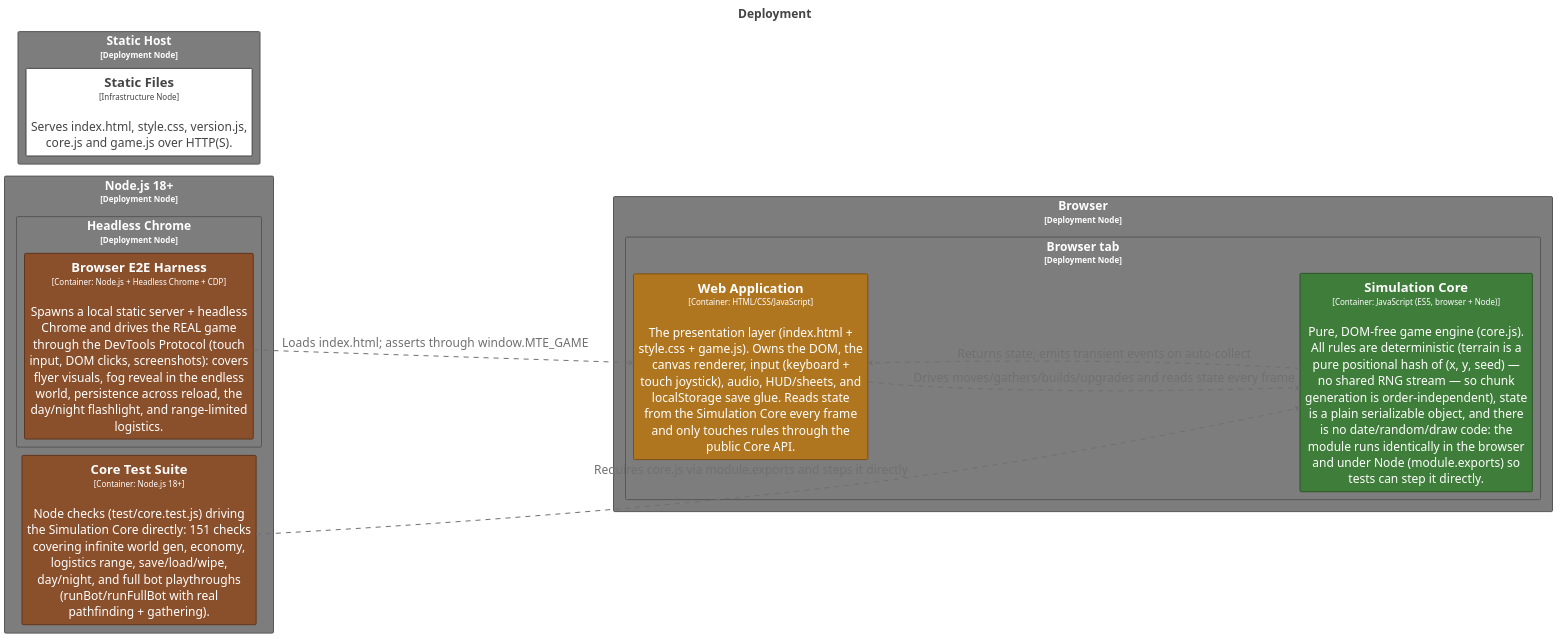
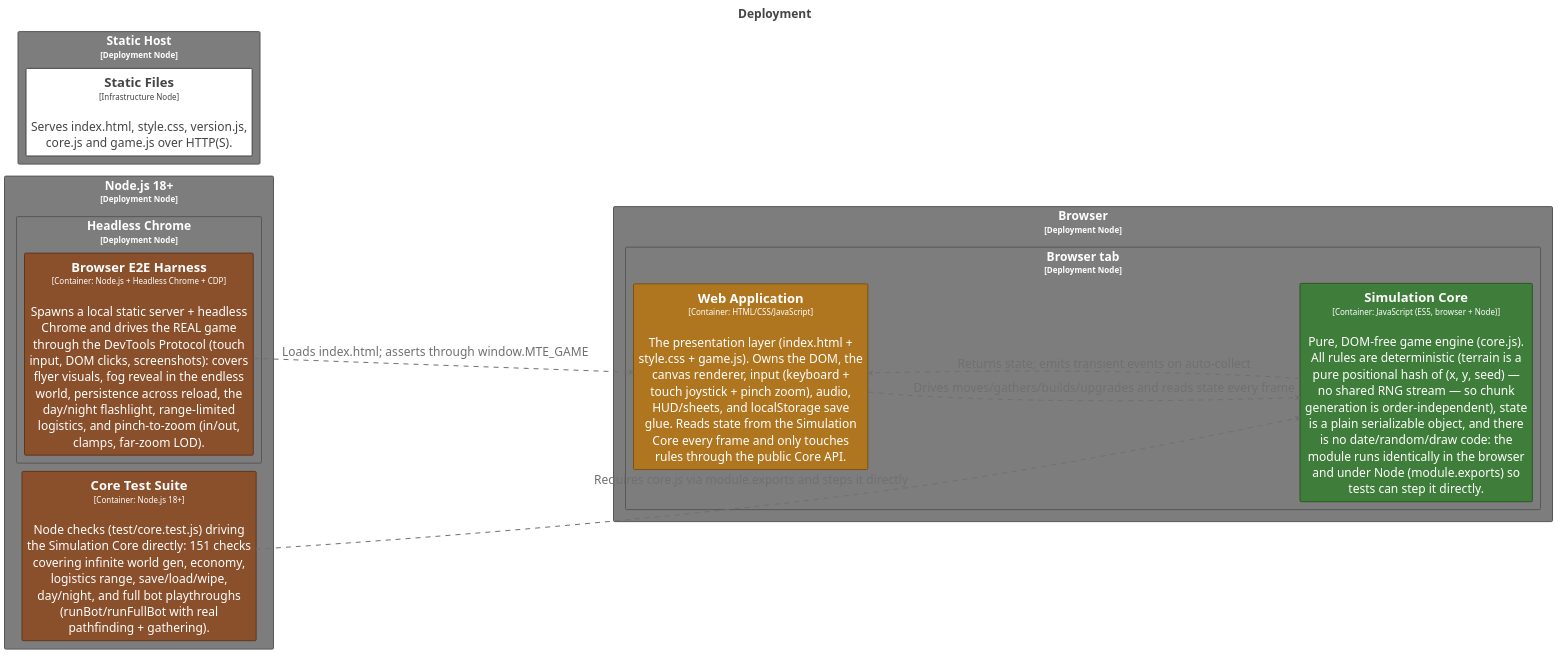
Before and after one commit to bitkojine/more-than-enough: the diagram in structurizr/diagrams/Deployment.puml, drawn with PlantUML. The commit also changed 17 other files, not shown here.

First line of the commit message:
v0.11.0: feat — pinch to zoom (two-finger + wheel), LOD far rendering

```diff
--- a/structurizr/diagrams/Deployment.puml
+++ b/structurizr/diagrams/Deployment.puml
@@ -2,110 +2,110 @@
 @startuml
 title <size:24>Deployment</size>
 
 set separator none
 left to right direction
 skinparam ranksep 20
 skinparam nodesep 5
 hide stereotype
 
 <style>
   root {
     BackgroundColor: #ffffff;
     FontColor: #444444;
   }
   // Element
   .Element-RWxlbWVudA== {
     BackgroundColor: #ffffff;
     LineColor: #444444;
     LineStyle: 0;
     LineThickness: 2;
     FontColor: #444444;
     FontSize: 24;
     HorizontalAlignment: center;
     Shadowing: 0;
     MaximumWidth: 450;
   }
   // Element,Container,Core Engine
   .Element-RWxlbWVudCxDb250YWluZXIsQ29yZSBFbmdpbmU= {
     BackgroundColor: #3f7d3a;
     LineColor: #2c5728;
     LineStyle: 0;
     LineThickness: 2;
     FontColor: #ffffff;
     FontSize: 24;
     HorizontalAlignment: center;
     Shadowing: 0;
     MaximumWidth: 450;
   }
   // Element,Container,Presentation
   .Element-RWxlbWVudCxDb250YWluZXIsUHJlc2VudGF0aW9u {
     BackgroundColor: #b0761f;
     LineColor: #7b5215;
     LineStyle: 0;
     LineThickness: 2;
     FontColor: #ffffff;
     FontSize: 24;
     HorizontalAlignment: center;
     Shadowing: 0;
     MaximumWidth: 450;
   }
   // Element,Container,Tooling,Test
   .Element-RWxlbWVudCxDb250YWluZXIsVG9vbGluZyxUZXN0 {
     BackgroundColor: #8a4f2b;
     LineColor: #60371e;
     LineStyle: 0;
     LineThickness: 2;
     FontColor: #ffffff;
     FontSize: 24;
     HorizontalAlignment: center;
     Shadowing: 0;
     MaximumWidth: 450;
   }
   // Relationship
   .Relationship-UmVsYXRpb25zaGlw {
     LineThickness: 2;
     LineStyle: 10-10;
     LineColor: #707070;
     FontColor: #707070;
     FontSize: 24;
     MaximumWidth: 200;
   }
   // Element,Deployment Node
   .DeploymentNode-RWxlbWVudCxEZXBsb3ltZW50IE5vZGU= {
     BackgroundColor: #7d7d7d;
     LineColor: #575757;
     LineStyle: 0;
     LineThickness: 2;
     FontColor: #ffffff;
     FontSize: 24;
     HorizontalAlignment: center;
     Shadowing: 0;
   }
 </style>
 
 rectangle "Browser\n<size:16>[Deployment Node]</size>" <<DeploymentNode-RWxlbWVudCxEZXBsb3ltZW50IE5vZGU=>> as LocalDevelopment.Browser {
   rectangle "Browser tab\n<size:16>[Deployment Node]</size>" <<DeploymentNode-RWxlbWVudCxEZXBsb3ltZW50IE5vZGU=>> as LocalDevelopment.Browser.Browsertab {
-    rectangle "==Web Application\n<size:16>[Container: HTML/CSS/JavaScript]</size>\n\nThe presentation layer (index.html + style.css + game.js). Owns the DOM, the canvas renderer, input (keyboard + touch joystick), audio, HUD/sheets, and localStorage save glue. Reads state from the Simulation Core every frame and only touches rules through the public Core API." <<Element-RWxlbWVudCxDb250YWluZXIsUHJlc2VudGF0aW9u>> as LocalDevelopment.Browser.Browsertab.WebApplication_1
+    rectangle "==Web Application\n<size:16>[Container: HTML/CSS/JavaScript]</size>\n\nThe presentation layer (index.html + style.css + game.js). Owns the DOM, the canvas renderer, input (keyboard + touch joystick + pinch zoom), audio, HUD/sheets, and localStorage save glue. Reads state from the Simulation Core every frame and only touches rules through the public Core API." <<Element-RWxlbWVudCxDb250YWluZXIsUHJlc2VudGF0aW9u>> as LocalDevelopment.Browser.Browsertab.WebApplication_1
     rectangle "==Simulation Core\n<size:16>[Container: JavaScript (ES5, browser + Node)]</size>\n\nPure, DOM-free game engine (core.js). All rules are deterministic (terrain is a pure positional hash of (x, y, seed) — no shared RNG stream — so chunk generation is order-independent), state is a plain serializable object, and there is no date/random/draw code: the module runs identically in the browser and under Node (module.exports) so tests can step it directly." <<Element-RWxlbWVudCxDb250YWluZXIsQ29yZSBFbmdpbmU=>> as LocalDevelopment.Browser.Browsertab.SimulationCore_1
   }
 
 }
 
 rectangle "Static Host\n<size:16>[Deployment Node]</size>" <<DeploymentNode-RWxlbWVudCxEZXBsb3ltZW50IE5vZGU=>> as LocalDevelopment.StaticHost {
   rectangle "==Static Files\n<size:16>[Infrastructure Node]</size>\n\nServes index.html, style.css, version.js, core.js and game.js over HTTP(S)." <<Element-RWxlbWVudA==>> as LocalDevelopment.StaticHost.StaticFiles
 }
 
 rectangle "Node.js 18+\n<size:16>[Deployment Node]</size>" <<DeploymentNode-RWxlbWVudCxEZXBsb3ltZW50IE5vZGU=>> as LocalDevelopment.Nodejs18 {
   rectangle "==Core Test Suite\n<size:16>[Container: Node.js 18+]</size>\n\nNode checks (test/core.test.js) driving the Simulation Core directly: 151 checks covering infinite world gen, economy, logistics range, save/load/wipe, day/night, and full bot playthroughs (runBot/runFullBot with real pathfinding + gathering)." <<Element-RWxlbWVudCxDb250YWluZXIsVG9vbGluZyxUZXN0>> as LocalDevelopment.Nodejs18.CoreTestSuite_1
   rectangle "Headless Chrome\n<size:16>[Deployment Node]</size>" <<DeploymentNode-RWxlbWVudCxEZXBsb3ltZW50IE5vZGU=>> as LocalDevelopment.Nodejs18.HeadlessChrome {
-    rectangle "==Browser E2E Harness\n<size:16>[Container: Node.js + Headless Chrome + CDP]</size>\n\nSpawns a local static server + headless Chrome and drives the REAL game through the DevTools Protocol (touch input, DOM clicks, screenshots): covers flyer visuals, fog reveal in the endless world, persistence across reload, the day/night flashlight, and range-limited logistics." <<Element-RWxlbWVudCxDb250YWluZXIsVG9vbGluZyxUZXN0>> as LocalDevelopment.Nodejs18.HeadlessChrome.BrowserE2EHarness_1
+    rectangle "==Browser E2E Harness\n<size:16>[Container: Node.js + Headless Chrome + CDP]</size>\n\nSpawns a local static server + headless Chrome and drives the REAL game through the DevTools Protocol (touch input, DOM clicks, screenshots): covers flyer visuals, fog reveal in the endless world, persistence across reload, the day/night flashlight, range-limited logistics, and pinch-to-zoom (in/out, clamps, far-zoom LOD)." <<Element-RWxlbWVudCxDb250YWluZXIsVG9vbGluZyxUZXN0>> as LocalDevelopment.Nodejs18.HeadlessChrome.BrowserE2EHarness_1
   }
 
 }
 
 LocalDevelopment.Browser.Browsertab.SimulationCore_1 --> LocalDevelopment.Browser.Browsertab.WebApplication_1 <<Relationship-UmVsYXRpb25zaGlw>> : "Returns state; emits transient events on auto-collect"
 LocalDevelopment.Browser.Browsertab.WebApplication_1 --> LocalDevelopment.Browser.Browsertab.SimulationCore_1 <<Relationship-UmVsYXRpb25zaGlw>> : "Drives moves/gathers/builds/upgrades and reads state every frame"
 LocalDevelopment.Nodejs18.CoreTestSuite_1 --> LocalDevelopment.Browser.Browsertab.SimulationCore_1 <<Relationship-UmVsYXRpb25zaGlw>> : "Requires core.js via module.exports and steps it directly"
 LocalDevelopment.Nodejs18.HeadlessChrome.BrowserE2EHarness_1 --> LocalDevelopment.Browser.Browsertab.WebApplication_1 <<Relationship-UmVsYXRpb25zaGlw>> : "Loads index.html; asserts through window.MTE_GAME"
 
 @enduml
```
